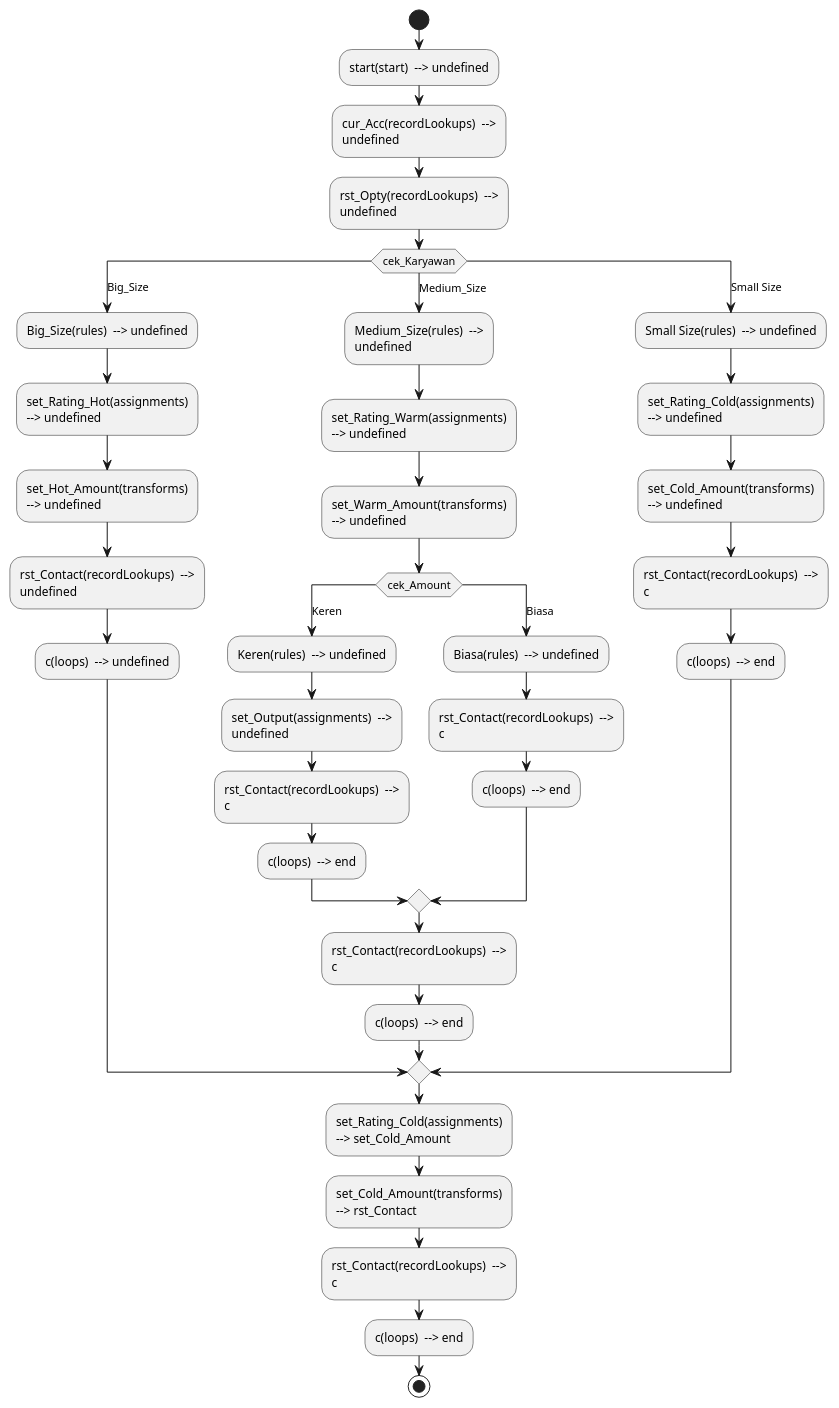
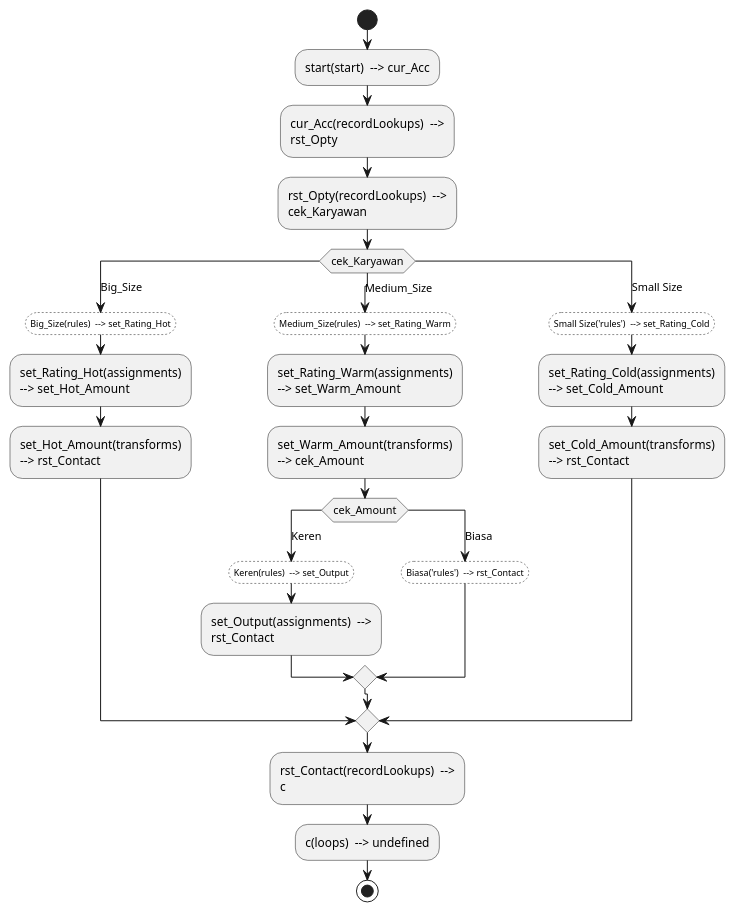
Before and after one commit to jimmytobing/meta_to_puml: the diagram in Apate.flow-meta.puml, drawn with PlantUML. The commit also changed 2 other files, not shown here.

```diff
--- a/Apate.flow-meta.puml
+++ b/Apate.flow-meta.puml
@@ -1,56 +1,44 @@
 @startuml
 <style>
     element {
         MinimumWidth 100
         MaximumWidth 180
     }
     .kondisi {
         FontSize 9
         Padding 5
         LineStyle 2
         BackGroundColor transparent
         HorizontalAlignment center
     }
 </style>
 skinparam defaultFontName "verdana"
 start
-:start(start)  --> undefined;
-:cur_Acc(recordLookups)  --> undefined;
-:rst_Opty(recordLookups)  --> undefined;
+:start(start)  --> cur_Acc;
+:cur_Acc(recordLookups)  --> rst_Opty;
+:rst_Opty(recordLookups)  --> cek_Karyawan;
 switch (cek_Karyawan)
 case (Big_Size)
-:Big_Size(rules)  --> undefined;
-:set_Rating_Hot(assignments)  --> undefined;
-:set_Hot_Amount(transforms)  --> undefined;
-:rst_Contact(recordLookups)  --> undefined;
-:c(loops)  --> undefined;
+	:Big_Size(rules)  --> set_Rating_Hot;<<kondisi>>
+	:set_Rating_Hot(assignments)  --> set_Hot_Amount;
+	:set_Hot_Amount(transforms)  --> rst_Contact;
 case (Medium_Size)
-:Medium_Size(rules)  --> undefined;
-:set_Rating_Warm(assignments)  --> undefined;
-:set_Warm_Amount(transforms)  --> undefined;
-switch (cek_Amount)
+	:Medium_Size(rules)  --> set_Rating_Warm;<<kondisi>>
+	:set_Rating_Warm(assignments)  --> set_Warm_Amount;
+	:set_Warm_Amount(transforms)  --> cek_Amount;
+	switch (cek_Amount)
 case (Keren)
-:Keren(rules)  --> undefined;
-:set_Output(assignments)  --> undefined;
-:rst_Contact(recordLookups)  --> c;
-:c(loops)  --> end;
+	:Keren(rules)  --> set_Output;<<kondisi>>
+	:set_Output(assignments)  --> rst_Contact;
 case (Biasa)
-:Biasa(rules)  --> undefined;
-:rst_Contact(recordLookups)  --> c;
-:c(loops)  --> end;
+	:Biasa('rules')  --> rst_Contact;<<kondisi>>
+endswitch
+case (Small Size)
+	:Small Size('rules')  --> set_Rating_Cold;<<kondisi>>
+	:set_Rating_Cold(assignments)  --> set_Cold_Amount;
+	:set_Cold_Amount(transforms)  --> rst_Contact;
 endswitch
 :rst_Contact(recordLookups)  --> c;
-:c(loops)  --> end;
-case (Small Size)
-:Small Size(rules)  --> undefined;
-:set_Rating_Cold(assignments)  --> undefined;
-:set_Cold_Amount(transforms)  --> undefined;
-:rst_Contact(recordLookups)  --> c;
-:c(loops)  --> end;
-endswitch
-:set_Rating_Cold(assignments)  --> set_Cold_Amount;
-:set_Cold_Amount(transforms)  --> rst_Contact;
-:rst_Contact(recordLookups)  --> c;
-:c(loops)  --> end;
+:c(loops)  --> undefined;
 stop
 @enduml
```
